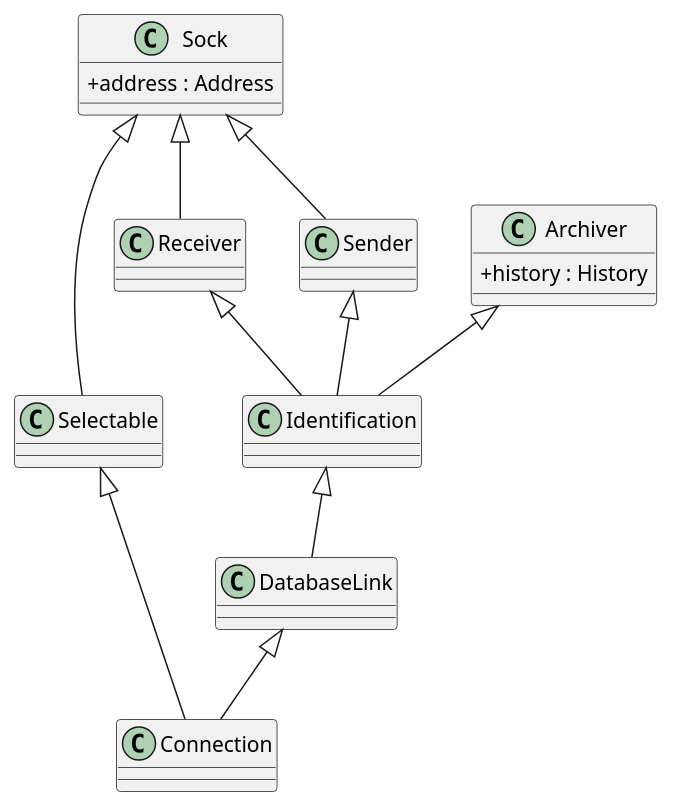
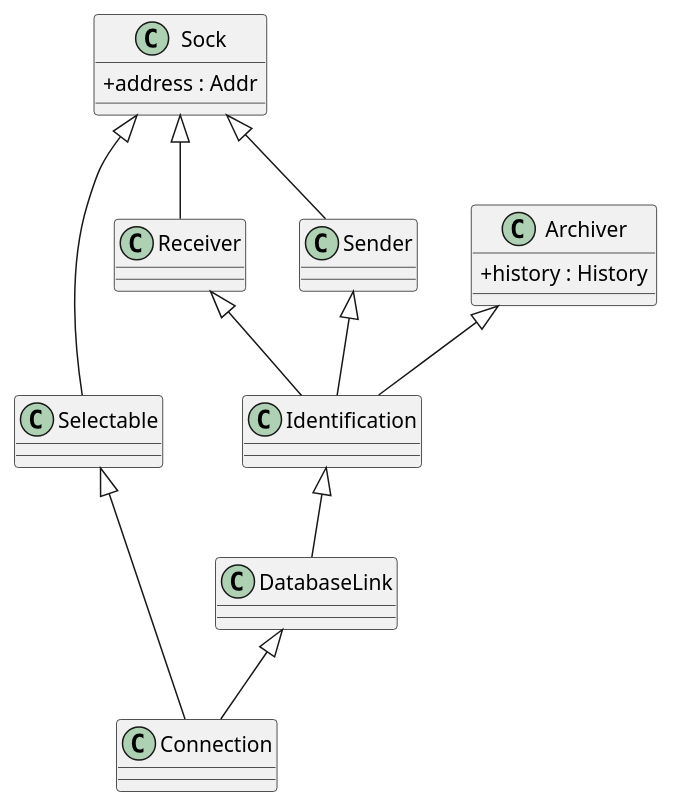
Before and after one commit to petru-braha/RC-application: the diagram in doc/network/RC-application.network.puml, drawn with PlantUML. The commit also changed 46 other files, not shown here.

```diff
--- a/doc/network/RC-application.network.puml
+++ b/doc/network/RC-application.network.puml
@@ -1,47 +1,47 @@
 @startuml
 skinparam classAttributeIconSize 0
 set namespaceSeparator none
 
 class Sock {
-  +address : Address
+  +address : Addr
 }
 
 class Selectable {
 }
 
 class Archiver {
   +history : History
 }
 
 class Receiver {
   
 }
 
 class Sender {
 }
 
 class Identification {
 }
 
 class DatabaseLink {
 }
 
 class Connection {
 }
 
 ' --- Inheritance Relationships ---
 
 Sock <|-- Receiver
 Sock <|-- Sender
 Sock <|-- Selectable
 
 Archiver <|-- Identification
 Receiver <|-- Identification
 Sender <|-- Identification
 
 Identification <|-- DatabaseLink
 
 DatabaseLink <|-- Connection
 Selectable <|-- Connection
 
 @enduml
```
